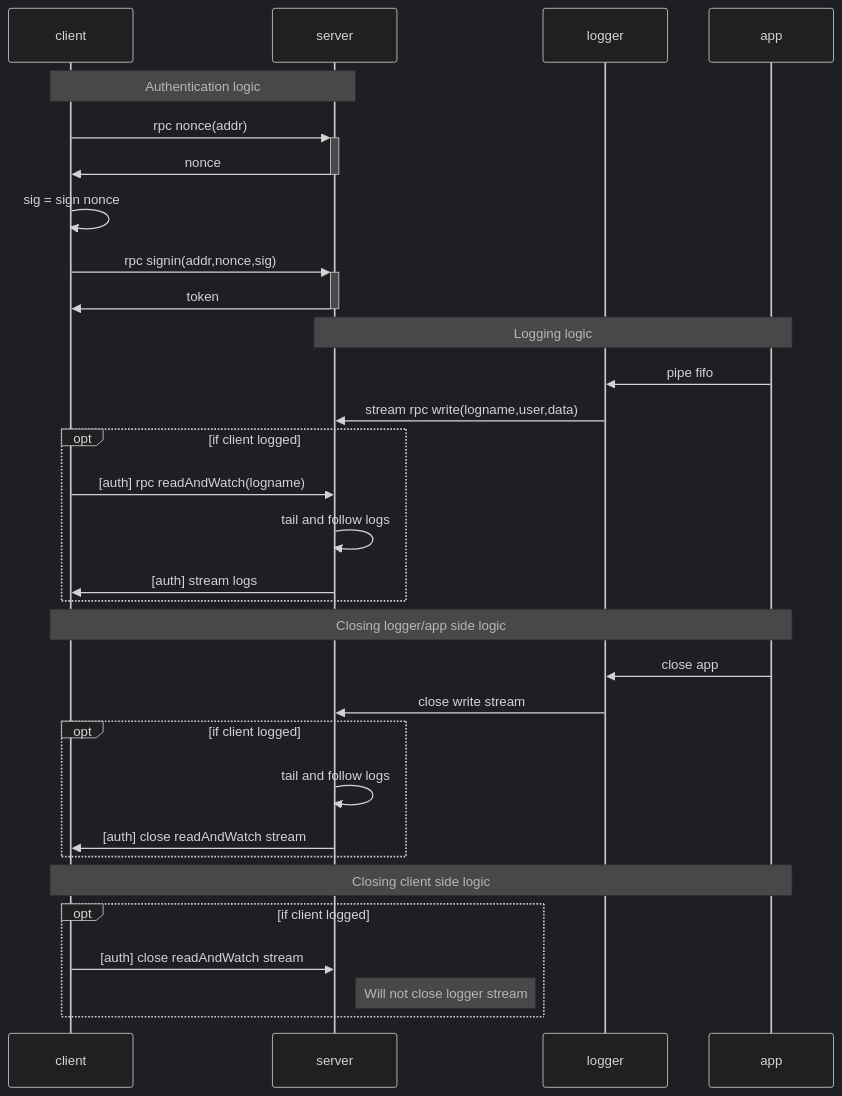
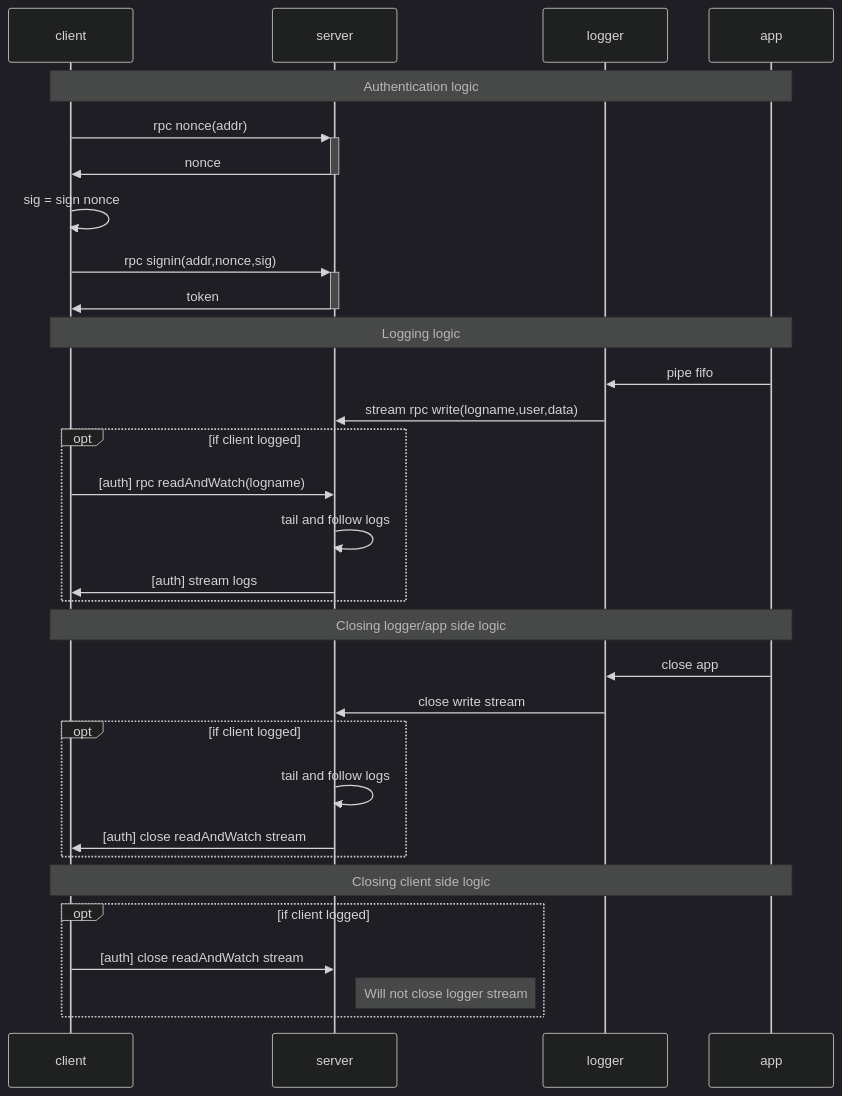
The diagram in grid-logger/README.md (deepsquare-io/grid), drawn with Mermaid (dark theme) before and after one commit.

Commit message:
chore(grid-logger): updated diagram

````diff
--- a/grid-logger/README.md
+++ b/grid-logger/README.md
@@ -7,38 +7,38 @@
 ```mermaid
 sequenceDiagram
     participant client
     participant server
     participant logger
     participant app
-    Note over client,server: Authentication logic
+    Note over client,app: Authentication logic
     client->>+server: rpc nonce(addr)
     server->>-client: nonce
     client->>client: sig = sign nonce
     client->>+server: rpc signin(addr,nonce,sig)
     server->>-client: token
 
-    Note over server,app: Logging logic
+    Note over client,app: Logging logic
     app->>logger: pipe fifo
     logger->>server: stream rpc write(logname,user,data)
     opt if client logged
         client->>server: [auth] rpc readAndWatch(logname)
         server->>server: tail and follow logs
         server->>client: [auth] stream logs
     end
 
     Note over client,app: Closing logger/app side logic
     app->>logger: close app
     logger->>server: close write stream
     opt if client logged
         server->>server: tail and follow logs
         server->>client: [auth] close readAndWatch stream
     end
 
     Note over client,app: Closing client side logic
     opt if client logged
         client->>server: [auth] close readAndWatch stream
         note right of server: Will not close logger stream
     end
 
 
 ```
````
